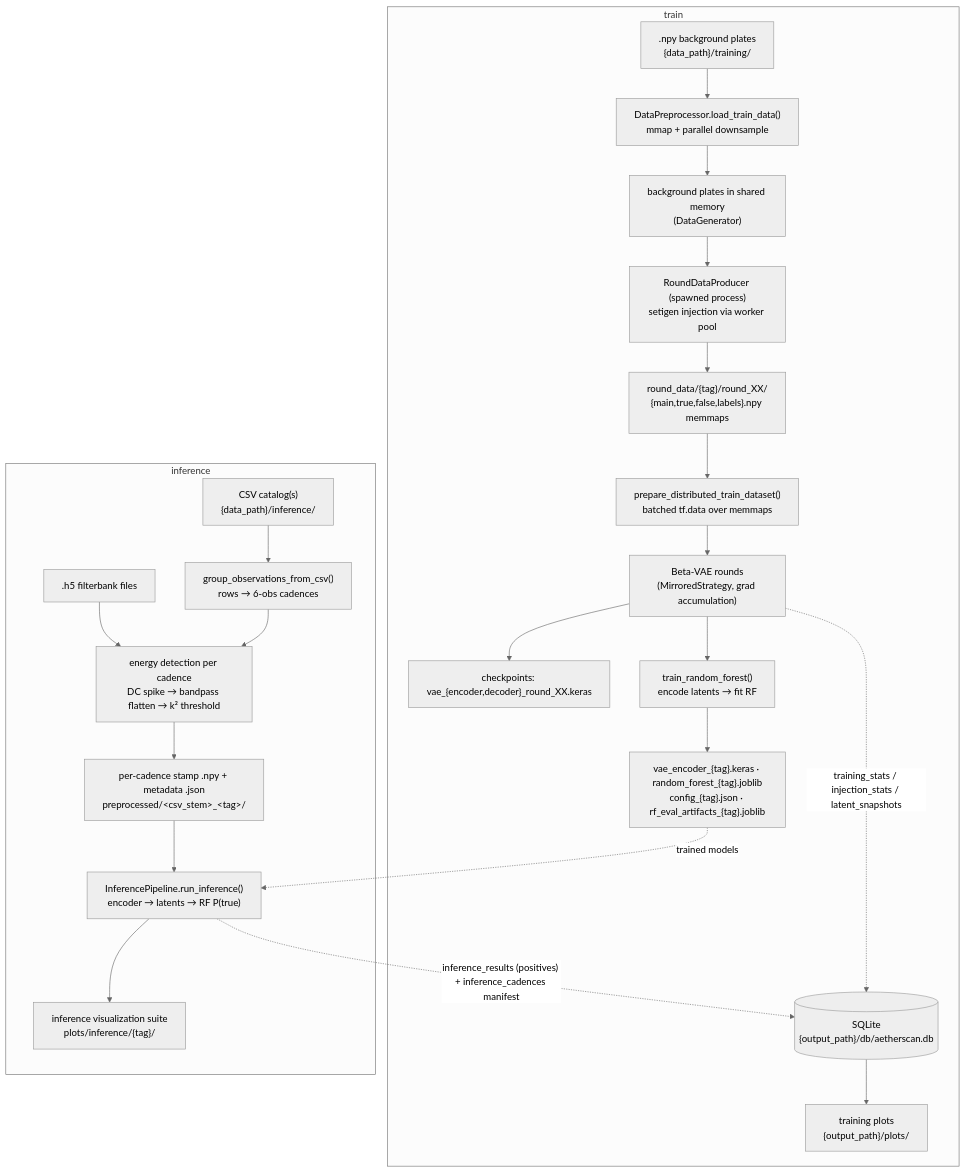
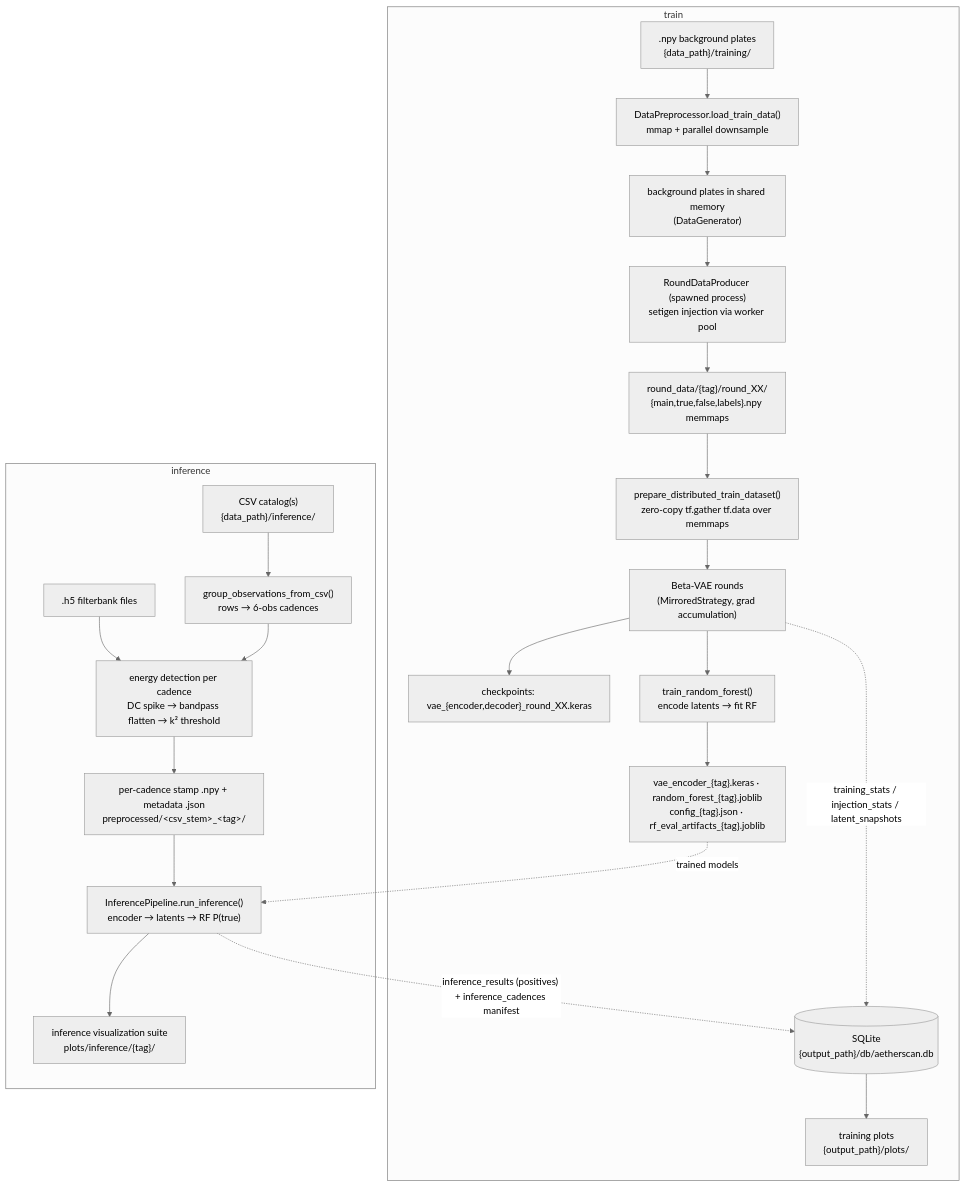
Before and after one commit to zachtheyek/Aetherscan: the diagram in docs/ARCHITECTURE.md, drawn with Mermaid (neutral theme). The commit also changed 3 other files, not shown here.

````diff
--- a/docs/ARCHITECTURE.md
+++ b/docs/ARCHITECTURE.md
@@ -76,27 +76,27 @@
 ```mermaid
 flowchart TB
     subgraph TRAIN["train"]
         BG[".npy background plates<br/>{data_path}/training/"] --> LOAD["DataPreprocessor.load_train_data()<br/>mmap + parallel downsample"]
         LOAD --> SHM["background plates in shared memory<br/>(DataGenerator)"]
         SHM --> PROD["RoundDataProducer (spawned process)<br/>setigen injection via worker pool"]
         PROD --> RD["round_data/{tag}/round_XX/<br/>{main,true,false,labels}.npy memmaps"]
-        RD --> DS["prepare_distributed_train_dataset()<br/>batched tf.data over memmaps"]
+        RD --> DS["prepare_distributed_train_dataset()<br/>zero-copy tf.gather tf.data over memmaps"]
         DS --> VAE["Beta-VAE rounds<br/>(MirroredStrategy, grad accumulation)"]
         VAE --> CKPT["checkpoints: vae_{encoder,decoder}_round_XX.keras"]
         VAE --> RF["train_random_forest()<br/>encode latents → fit RF"]
         RF --> ART["vae_encoder_{tag}.keras · random_forest_{tag}.joblib<br/>config_{tag}.json · rf_eval_artifacts_{tag}.joblib"]
         VAE -. "training_stats / injection_stats / latent_snapshots" .-> DB[("SQLite<br/>{output_path}/db/aetherscan.db")]
         DB --> PLOTS["training plots<br/>{output_path}/plots/"]
     end
 
     subgraph INF["inference"]
         CSV["CSV catalog(s)<br/>{data_path}/inference/"] --> GROUP["group_observations_from_csv()<br/>rows → 6-obs cadences"]
         H5[".h5 filterbank files"] --> ED
         GROUP --> ED["energy detection per cadence<br/>DC spike → bandpass flatten → k² threshold"]
         ED --> NPY["per-cadence stamp .npy + metadata .json<br/>preprocessed/&lt;csv_stem&gt;_&lt;tag&gt;/"]
         NPY --> ENC["InferencePipeline.run_inference()<br/>encoder → latents → RF P(true)"]
         ART -. "trained models" .-> ENC
         ENC -. "inference_results (positives) + inference_cadences manifest" .-> DB
         ENC --> VIZ["inference visualization suite<br/>plots/inference/{tag}/"]
     end
 ```
````
